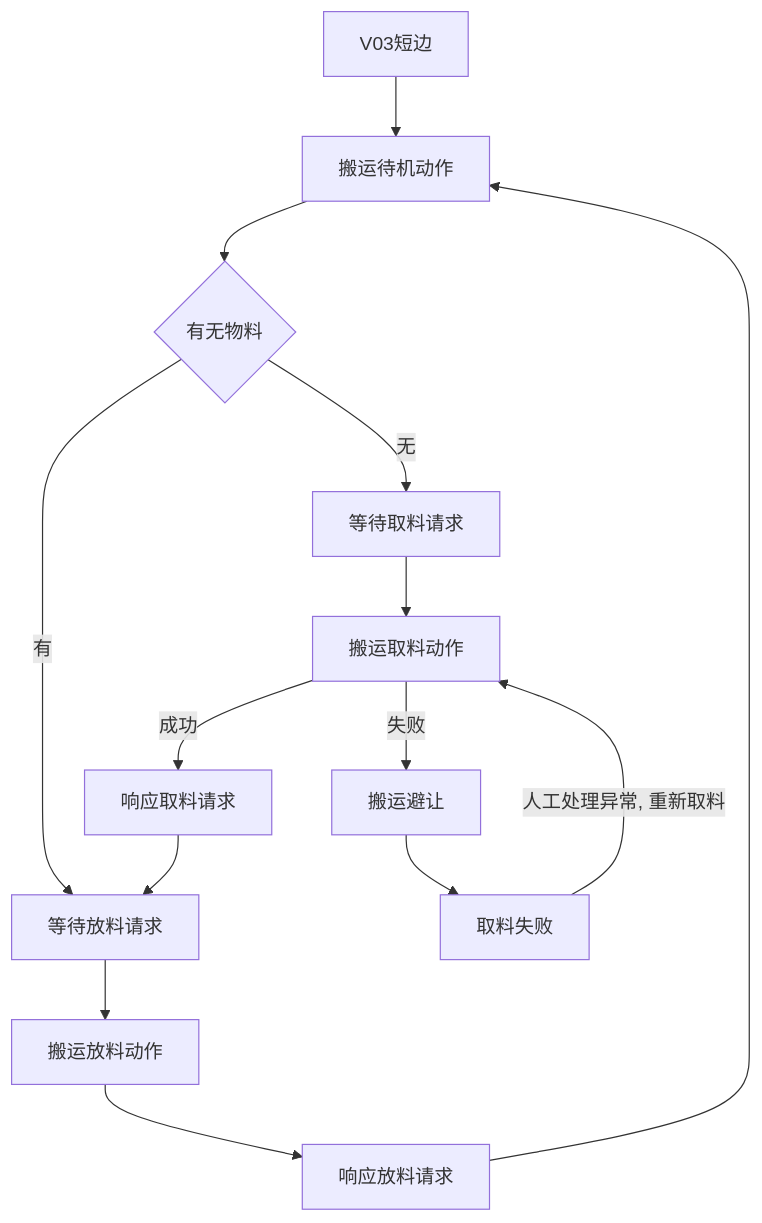
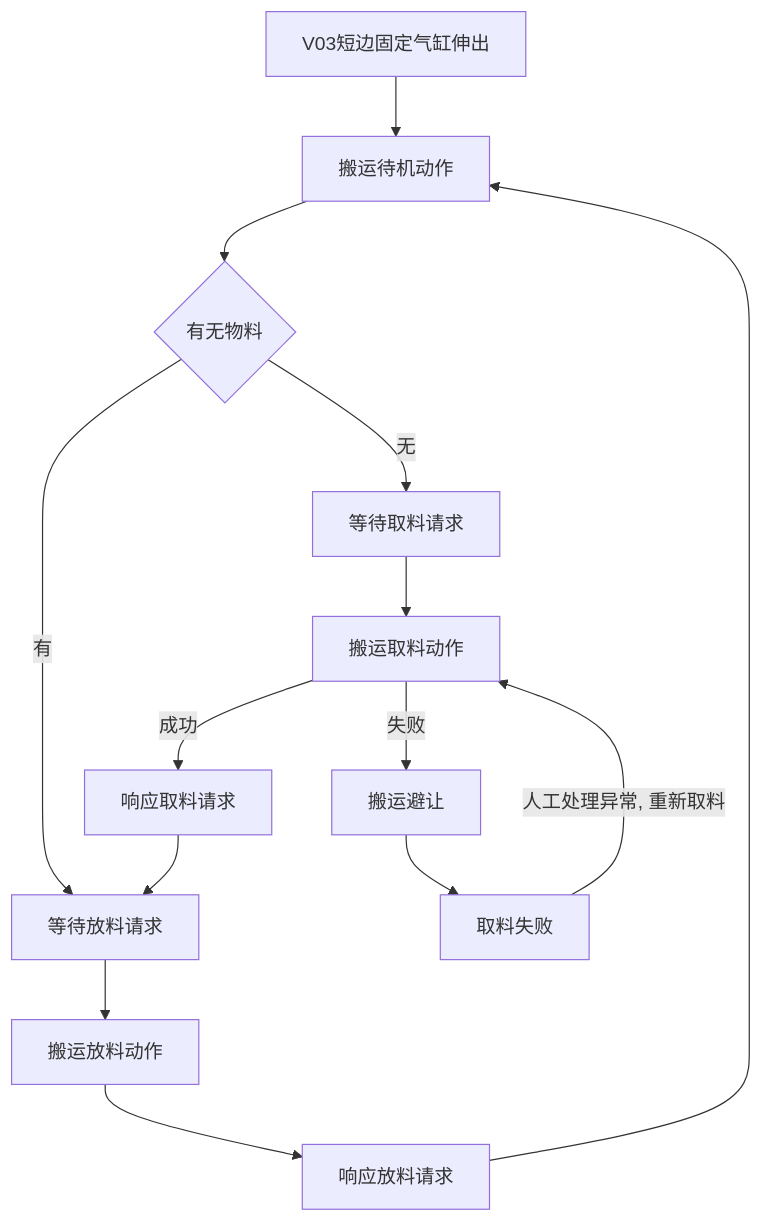
Before and after one commit to PengKun1/iodraw-files: the diagram in all/OP10气缸固定流程.md, drawn with Mermaid.

Commit message:
2024-08-05 13:49:14 update

````diff
--- a/all/OP10气缸固定流程.md
+++ b/all/OP10气缸固定流程.md
@@ -1,19 +1,19 @@
 ```mermaid
 graph TD
-0[V03短边]-->10
+0[V03短边固定气缸伸出]-->10
 10[搬运待机动作]-->20
 20{有无物料}-->|无|30
 20-->|有|60
 30[等待取料请求]-->40
 40[搬运取料动作]-->|成功|50
 40-->|失败|90
 50[响应取料请求]-->60
 60[等待放料请求]-->70
 70[搬运放料动作]-->80
 80[响应放料请求]-->10
 
 90[搬运避让]-->900
 
 900[取料失败]-->|人工处理异常, 重新取料|40
   
 ```
````
